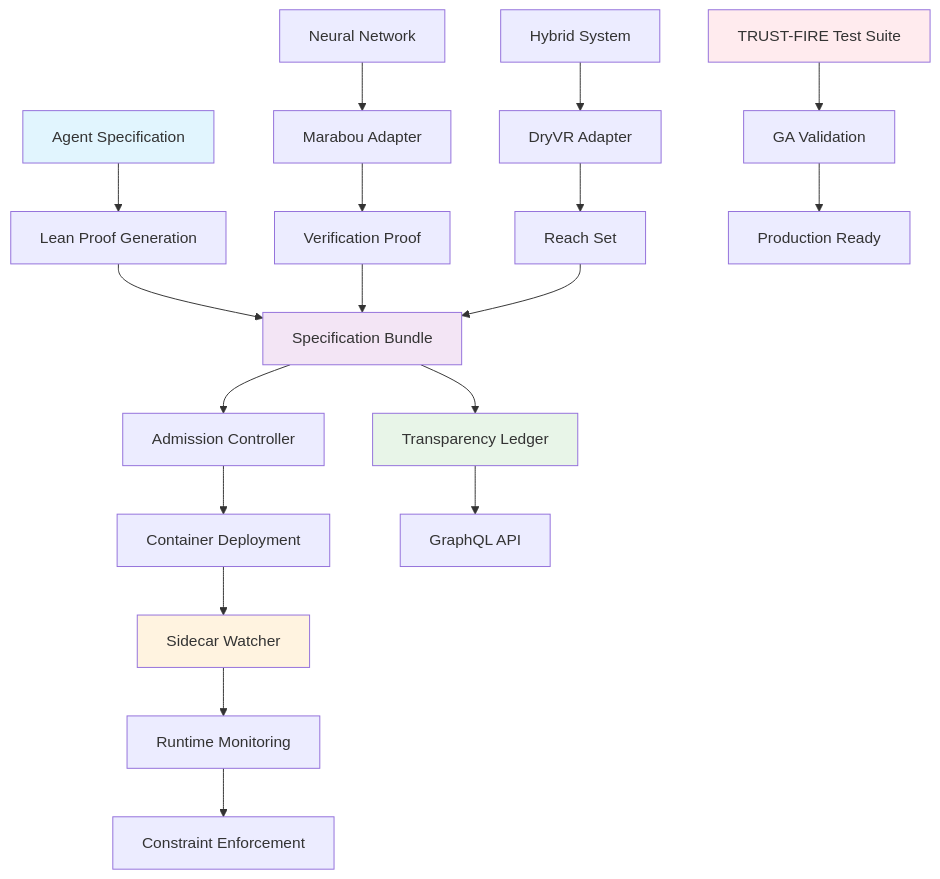
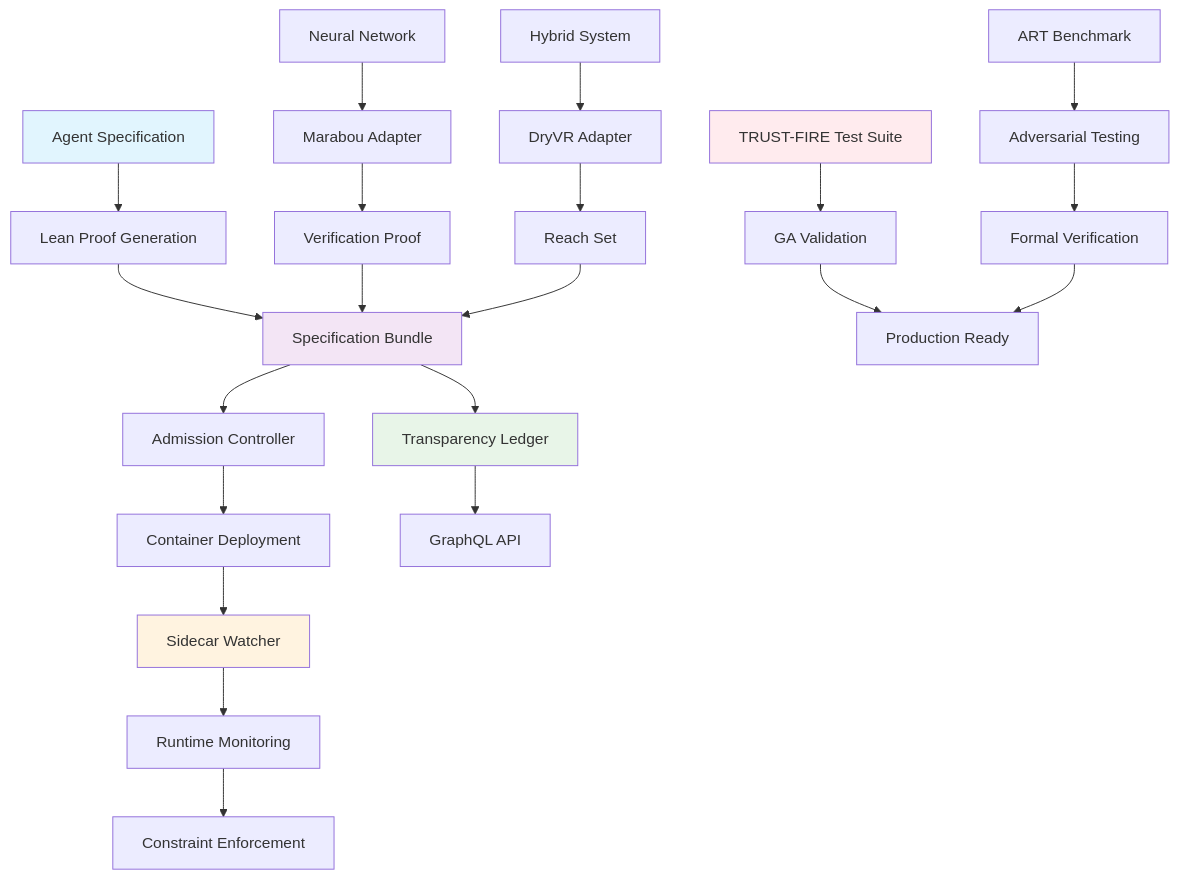
Before and after one commit to SentinelOps-CI/provability-fabric: the diagram in README.md, drawn with Mermaid. The commit also changed other lines of this file and 39 other files, not shown here.

````diff
--- a/README.md
+++ b/README.md
@@ -40,30 +43,34 @@
 ```mermaid
 flowchart TD
     A[Agent Specification] --> B[Lean Proof Generation]
     B --> C[Specification Bundle]
     C --> D[Admission Controller]
     D --> E[Container Deployment]
     E --> F[Sidecar Watcher]
     F --> G[Runtime Monitoring]
     G --> H[Constraint Enforcement]
 
     I[Neural Network] --> J[Marabou Adapter]
     J --> K[Verification Proof]
     K --> C
 
     L[Hybrid System] --> M[DryVR Adapter]
     M --> N[Reach Set]
     N --> C
 
     C --> O[Transparency Ledger]
     O --> P[GraphQL API]
 
     Q[TRUST-FIRE Test Suite] --> R[GA Validation]
     R --> S[Production Ready]
+    
+    T[ART Benchmark] --> U[Adversarial Testing]
+    U --> V[Formal Verification]
+    V --> S
 
     style A fill:#e1f5fe
     style C fill:#f3e5f5
     style F fill:#fff3e0
     style O fill:#e8f5e8
     style Q fill:#ffebee
 ```
````
